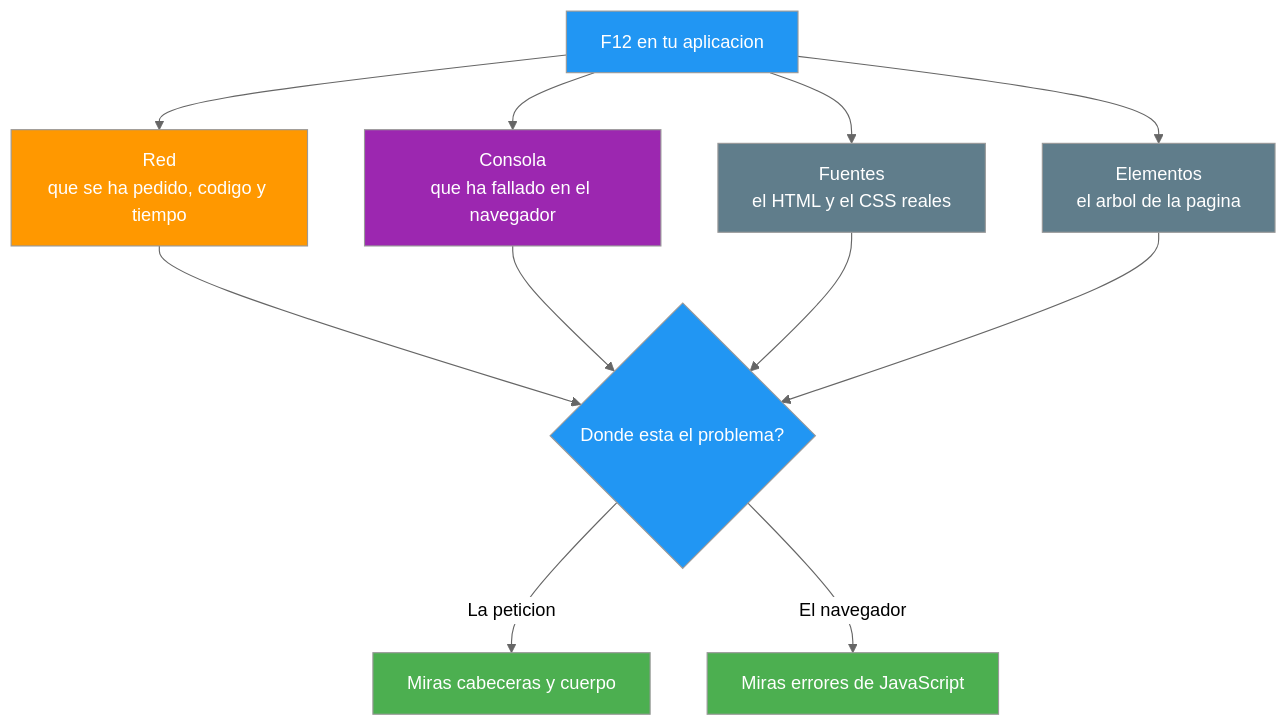
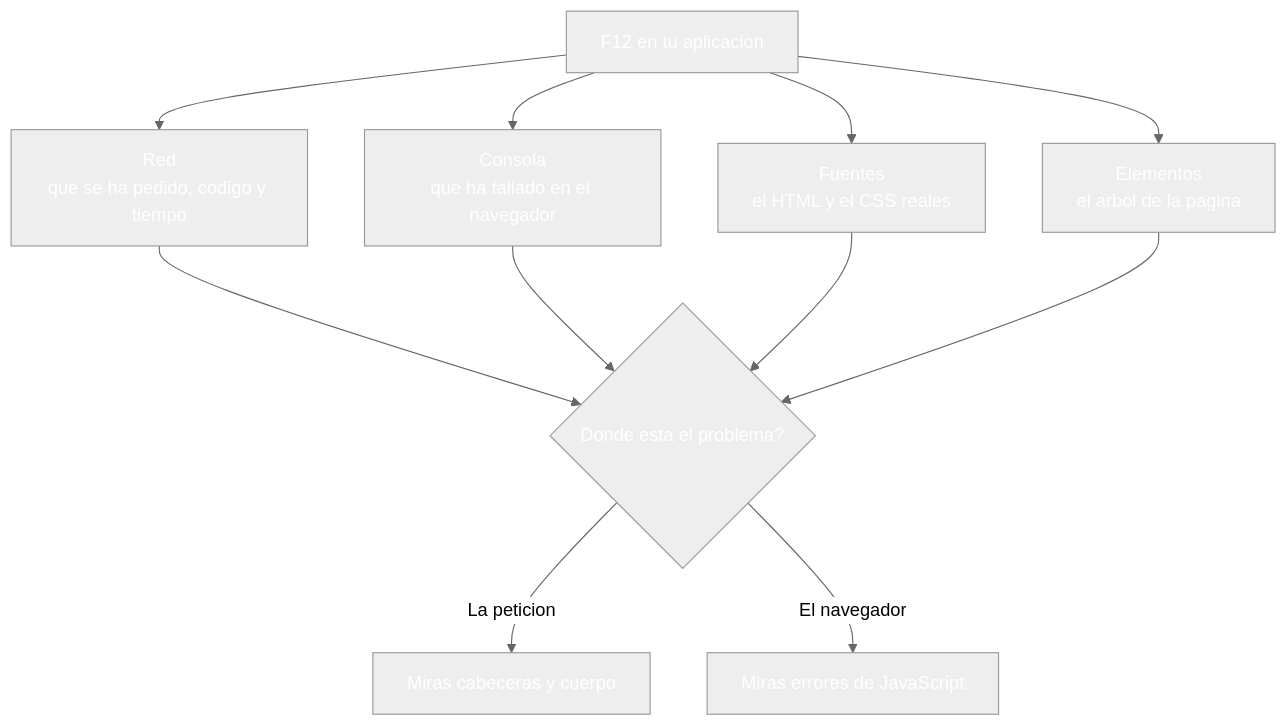
Before and after one commit to joseluisgs/DesarrolloWebEntornosServidor-03-2026-2027: the fourth of 6 diagrams in 23-herramientas-debug.md, drawn with Mermaid (neutral theme). The commit also changed other lines of this file and 30 other files, not shown here.

````diff
--- a/23-herramientas-debug.md
+++ b/23-herramientas-debug.md
@@ -203,21 +203,21 @@
 ```mermaid
 graph TD
     F["F12 en tu aplicacion"] --> R["Red<br/>que se ha pedido, codigo y tiempo"]
     F --> K["Consola<br/>que ha fallado en el navegador"]
     F --> S["Fuentes<br/>el HTML y el CSS reales"]
     F --> E["Elementos<br/>el arbol de la pagina"]
     R --> P{"Donde esta el problema?"}
     K --> P
     S --> P
     E --> P
     P -->|La peticion| D["Miras cabeceras y cuerpo"]
     P -->|El navegador| J["Miras errores de JavaScript"]
-    style F fill:#2196F3,color:#fff
-    style R fill:#FF9800,color:#fff
-    style K fill:#9C27B0,color:#fff
-    style S fill:#607D8B,color:#fff
-    style E fill:#607D8B,color:#fff
-    style P fill:#2196F3,color:#fff
-    style D fill:#4CAF50,color:#fff
-    style J fill:#4CAF50,color:#fff
+    style F fill:#2196F,color:#fff3,color:#fff
+    style R fill:#FF980,color:#fff0,color:#fff
+    style K fill:#9C27B,color:#fff0,color:#fff
+    style S fill:#607D8,color:#fffB,color:#fff
+    style E fill:#607D8,color:#fffB,color:#fff
+    style P fill:#2196F,color:#fff3,color:#fff
+    style D fill:#4CAF5,color:#fff0,color:#fff
+    style J fill:#4CAF5,color:#fff0,color:#fff
 ```
````
